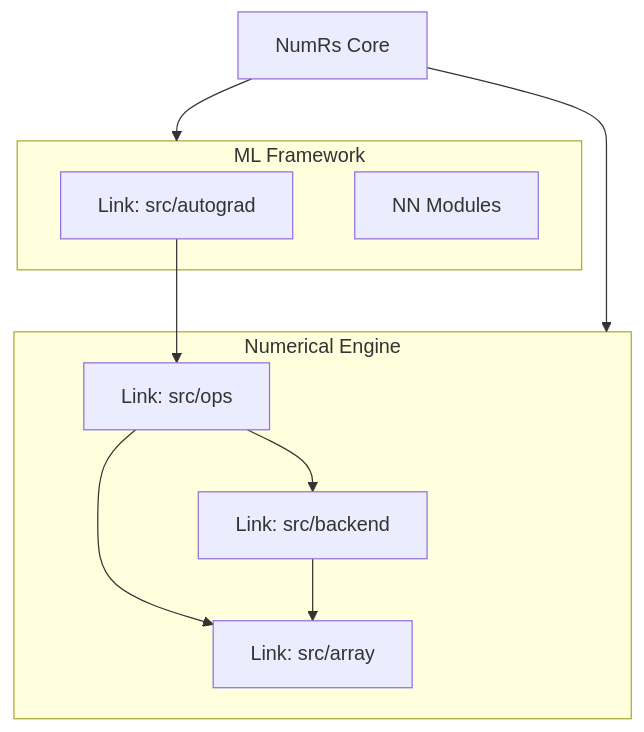
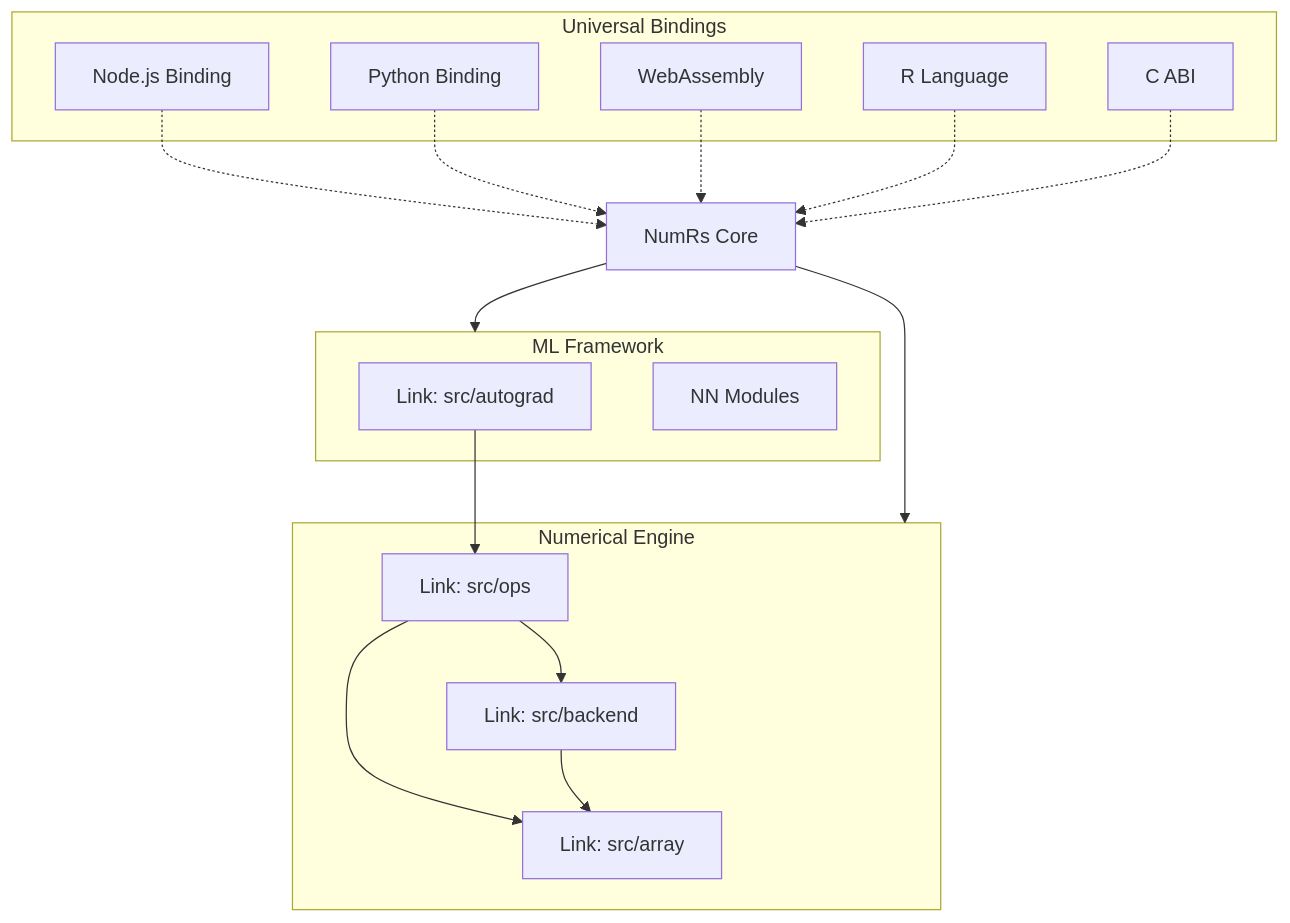
One commit to rjaguiluz/numrs changed the diagram in README.md. Above: the diagram before and after it, drawn with Mermaid. The commit also changed other lines of this file and 12 other files, not shown here.

Commit message:
docs: Add comprehensive multi-language binding documentation and update project README with performance benchmarks.

````diff
--- a/README.md
+++ b/README.md
@@ -13,22 +63,36 @@
 ```mermaid
 graph TD
     NumRs[NumRs Core]
     
     subgraph Engine["Numerical Engine"]
         Array[Link: src/array]
         Ops[Link: src/ops]
         Backend[Link: src/backend]
     end
     
     subgraph ML["ML Framework"]
         Autograd[Link: src/autograd]
         NN[NN Modules]
     end
     
+    subgraph Bindings["Universal Bindings"]
+        JS[Node.js Binding]
+        PY[Python Binding]
+        WASM[WebAssembly]
+        R[R Language]
+        C[C ABI]
+    end
+    
     NumRs --> Engine
     NumRs --> ML
     Autograd --> Ops
     Ops --> Backend
     Ops --> Array
     Backend --> Array
+    
+    JS -.-> NumRs
+    PY -.-> NumRs
+    WASM -.-> NumRs
+    R -.-> NumRs
+    C -.-> NumRs
 ```
````
